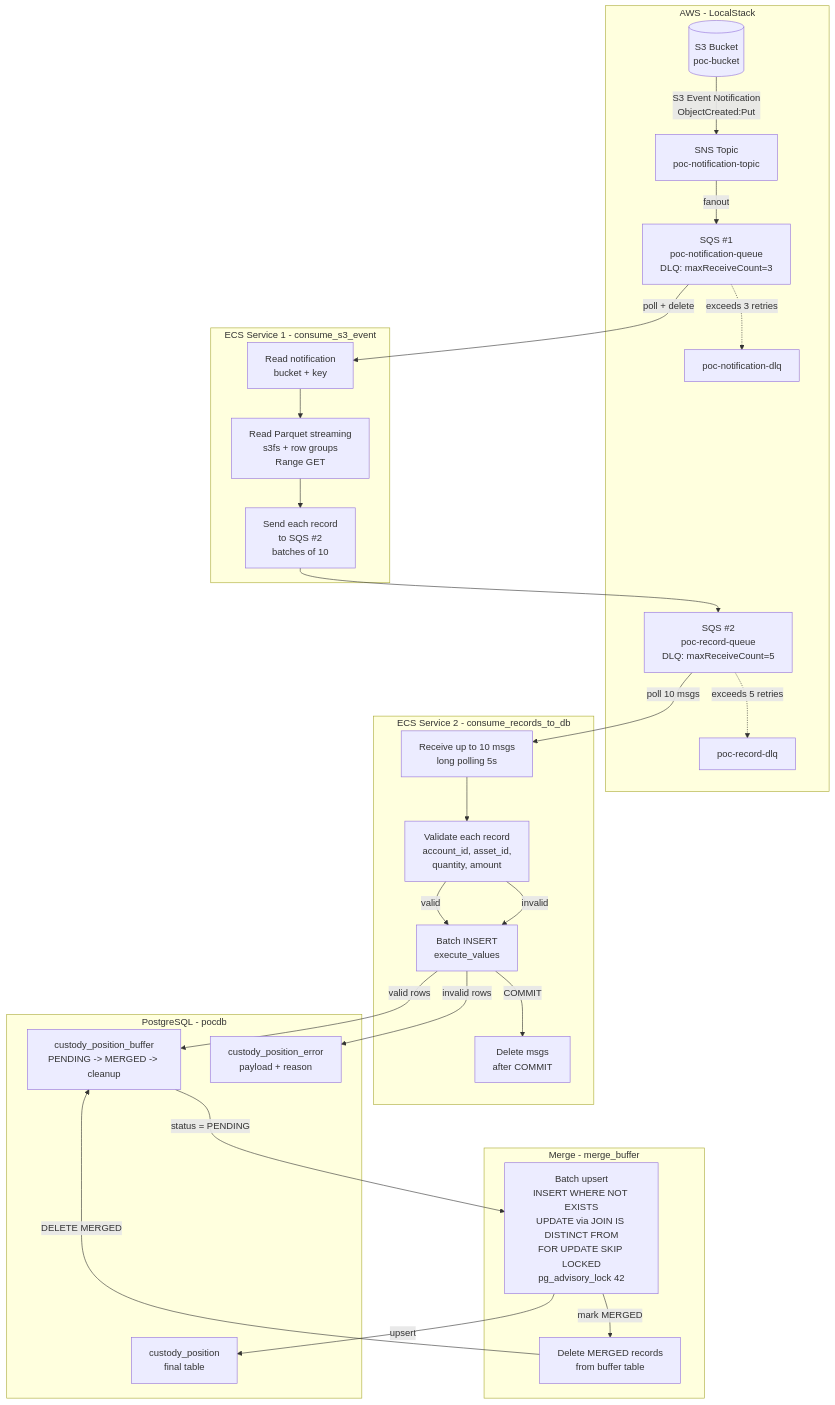
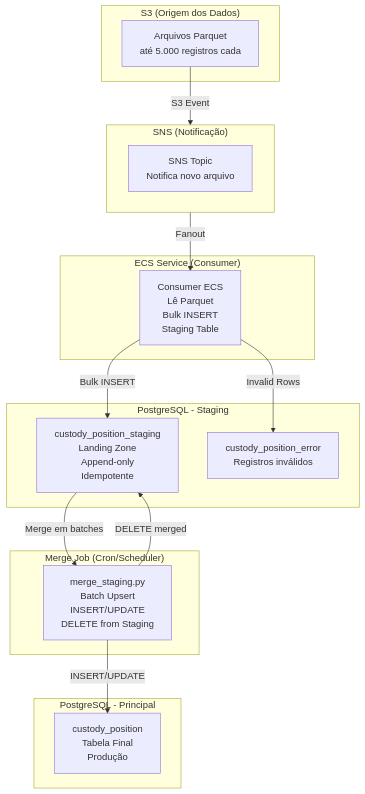
Before and after one commit to ortizgui/poc-parquet-staging-postgresql: the diagram in README.md, drawn with Mermaid. The commit also changed other lines of this file and 15 other files, not shown here.

````diff
--- a/README.md
+++ b/README.md
@@ -7,58 +7,35 @@
 ```mermaid
 flowchart TD
-    subgraph AWS [AWS - LocalStack]
-        S3[(S3 Bucket<br/>poc-bucket)]
-        SNS[SNS Topic<br/>poc-notification-topic]
-        SQS1[SQS #1<br/>poc-notification-queue<br/>DLQ: maxReceiveCount=3]
-        SQS2[SQS #2<br/>poc-record-queue<br/>DLQ: maxReceiveCount=5]
-        DLQ1[poc-notification-dlq]
-        DLQ2[poc-record-dlq]
+    subgraph S3 ["S3 (Origem dos Dados)"]
+        PARQUET[Arquivos Parquet<br/>até 5.000 registros cada]
     end
 
-    subgraph ECS1 [ECS Service 1 - consume_s3_event]
-        LER[Read notification<br/>bucket + key]
-        PARQUET[Read Parquet streaming<br/>s3fs + row groups<br/>Range GET]
-        ENVIAR[Send each record<br/>to SQS #2<br/>batches of 10]
+    subgraph SNS ["SNS (Notificação)"]
+        NOTIFICATION[SNS Topic<br/>Notifica novo arquivo]
     end
 
-    subgraph ECS2 [ECS Service 2 - consume_records_to_db]
-        RECEBER[Receive up to 10 msgs<br/>long polling 5s]
-        VALIDAR[Validate each record<br/>account_id, asset_id,<br/>quantity, amount]
-        BATCH[Batch INSERT<br/>execute_values]
-        DELETAR[Delete msgs<br/>after COMMIT]
+    subgraph ECS ["ECS Service (Consumer)"]
+        CONSUMER[Consumer ECS<br/>Lê Parquet<br/>Bulk INSERT<br/>Staging Table]
     end
 
-    subgraph DB [PostgreSQL - pocdb]
-        BUFFER[custody_position_buffer<br/>PENDING -> MERGED -> cleanup]
-        ERRO[custody_position_error<br/>payload + reason]
-        FINAL[custody_position<br/>final table]
+    subgraph STAGING ["PostgreSQL - Staging"]
+        STAGING_TABLE[custody_position_staging<br/>Landing Zone<br/>Append-only<br/>Idempotente]
+        ERROR_TABLE[custody_position_error<br/>Registros inválidos]
     end
 
-    subgraph MERGE [Merge - merge_buffer]
-        UPSERT[Batch upsert<br/>INSERT WHERE NOT EXISTS<br/>UPDATE via JOIN IS DISTINCT FROM<br/>FOR UPDATE SKIP LOCKED<br/>pg_advisory_lock 42]
-        CLEANUP[Delete MERGED records<br/>from buffer table]
+    subgraph CRON ["Merge Job (Cron/Scheduler)"]
+        MERGE[merge_staging.py<br/>Batch Upsert<br/>INSERT/UPDATE<br/>DELETE from Staging]
     end
 
-    S3 -->|S3 Event Notification<br/>ObjectCreated:Put| SNS
-    SNS -->|fanout| SQS1
-    SQS1 -->|poll + delete| LER
-    SQS1 -.->|exceeds 3 retries| DLQ1
-    LER --> PARQUET
-    PARQUET --> ENVIAR
-    ENVIAR --> SQS2
-    SQS2 -.->|exceeds 5 retries| DLQ2
+    subgraph PRINCIPAL ["PostgreSQL - Principal"]
+        FINAL_TABLE[custody_position<br/>Tabela Final<br/>Produção]
+    end
 
-    SQS2 -->|poll 10 msgs| RECEBER
-    RECEBER --> VALIDAR
-    VALIDAR -->|valid| BATCH
-    VALIDAR -->|invalid| BATCH
-    BATCH -->|COMMIT| DELETAR
-
-    BATCH -->|valid rows| BUFFER
-    BATCH -->|invalid rows| ERRO
-
-    BUFFER -->|status = PENDING| UPSERT
-    UPSERT -->|upsert| FINAL
-    UPSERT -->|mark MERGED| CLEANUP
-    CLEANUP -->|DELETE MERGED| BUFFER
+    PARQUET -->|S3 Event| SNS
+    SNS -->|Fanout| CONSUMER
+    CONSUMER -->|Bulk INSERT| STAGING_TABLE
+    CONSUMER -->|Invalid Rows| ERROR_TABLE
+    STAGING_TABLE -->|Merge em batches| MERGE
+    MERGE -->|INSERT/UPDATE| FINAL_TABLE
+    MERGE -->|DELETE merged| STAGING_TABLE
 ```
````
